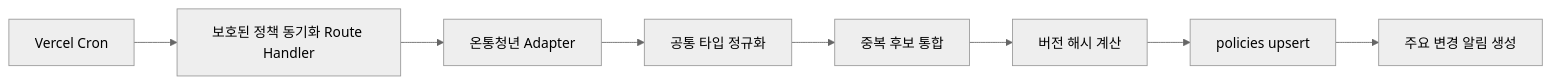
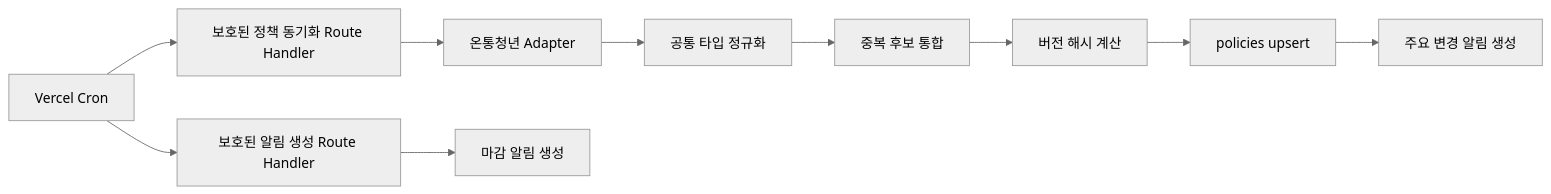
The third of 4 diagrams in docs/ARCHITECTURE.md (noohsss/chaengim), drawn with Mermaid (neutral theme) before and after one commit. The commit also changed other lines of this file, not shown here.

Commit message:
docs: 알림 Cron 경로 문서화

````diff
--- a/docs/ARCHITECTURE.md
+++ b/docs/ARCHITECTURE.md
@@ -287,10 +287,12 @@
 ```mermaid
 flowchart LR
     C["Vercel Cron"] --> H["보호된 정책 동기화 Route Handler"]
+    C --> R["보호된 알림 생성 Route Handler"]
     H --> Y["온통청년 Adapter"]
     Y --> N["공통 타입 정규화"]
     N --> D["중복 후보 통합"]
     D --> V["버전 해시 계산"]
     V --> P["policies upsert"]
     P --> X["주요 변경 알림 생성"]
+    R --> Z["마감 알림 생성"]
 ```
````
